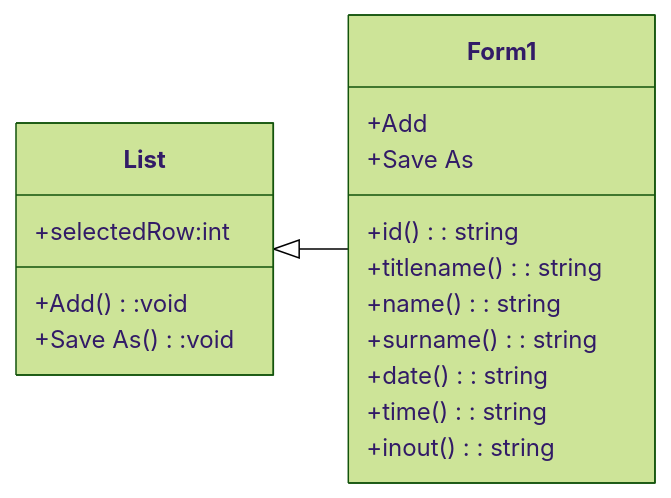
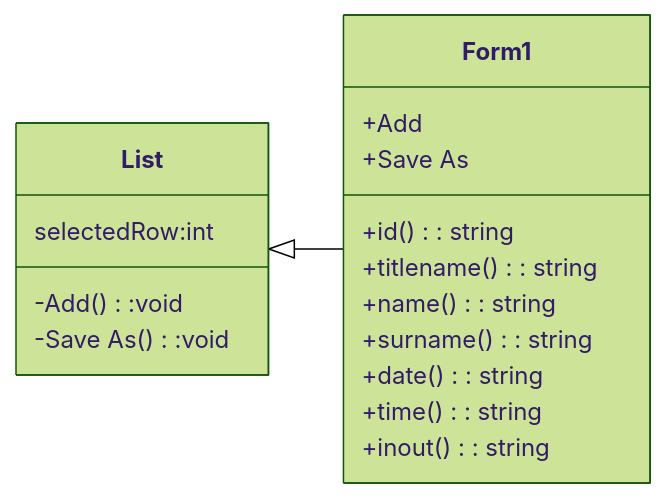
The diagram in README.md (kongphop3212/Final-Project-Assignment), drawn with Mermaid (forest theme) before and after one commit.

````diff
--- a/README.md
+++ b/README.md
@@ -9,21 +9,21 @@
 ```mermaid
 classDiagram
   List <|--Form1
   direction LR
   class List{
-  +selectedRow:int
-  +Add():void
-  +Save As():void
+  selectedRow:int
+  -Add():void
+  -Save As():void
   }
   class Form1{
   +Add
   +Save As
   +id() : string
   +titlename() : string
   +name() : string
   +surname() : string
   +date() : string
   +time() : string
   +inout() : string
   }
 ```
````
